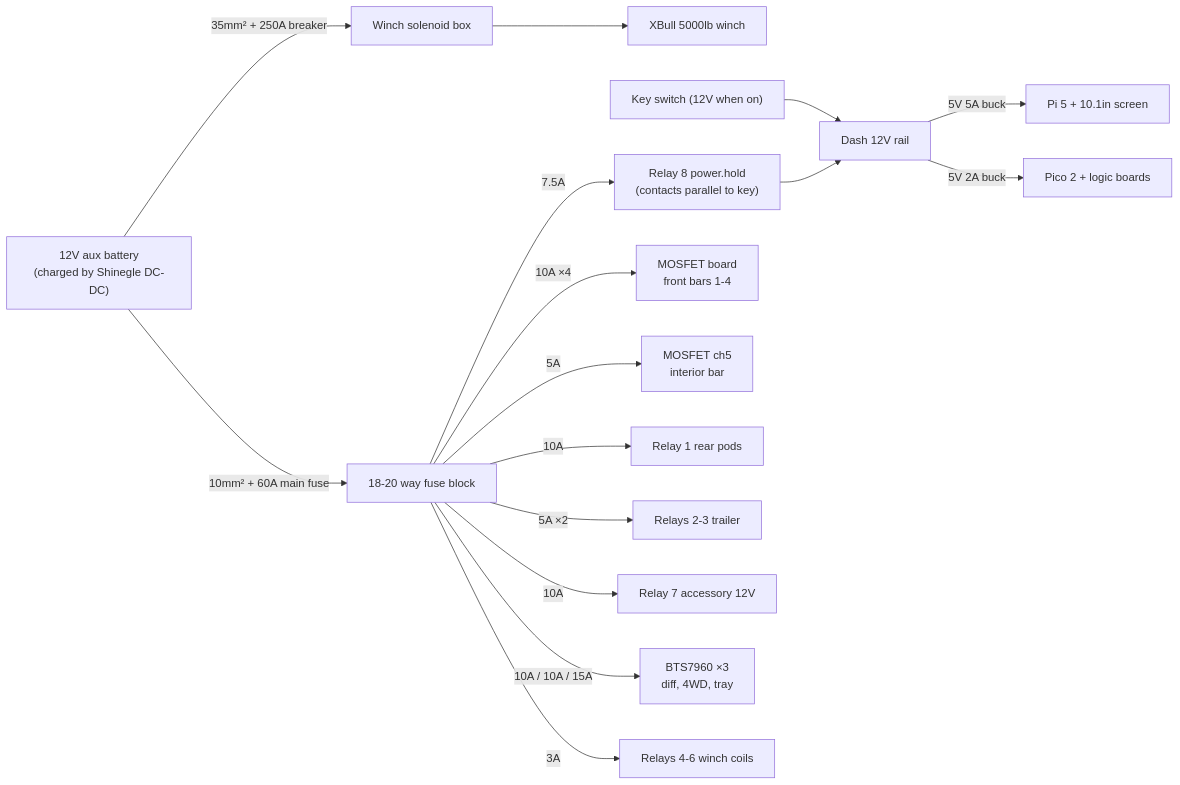
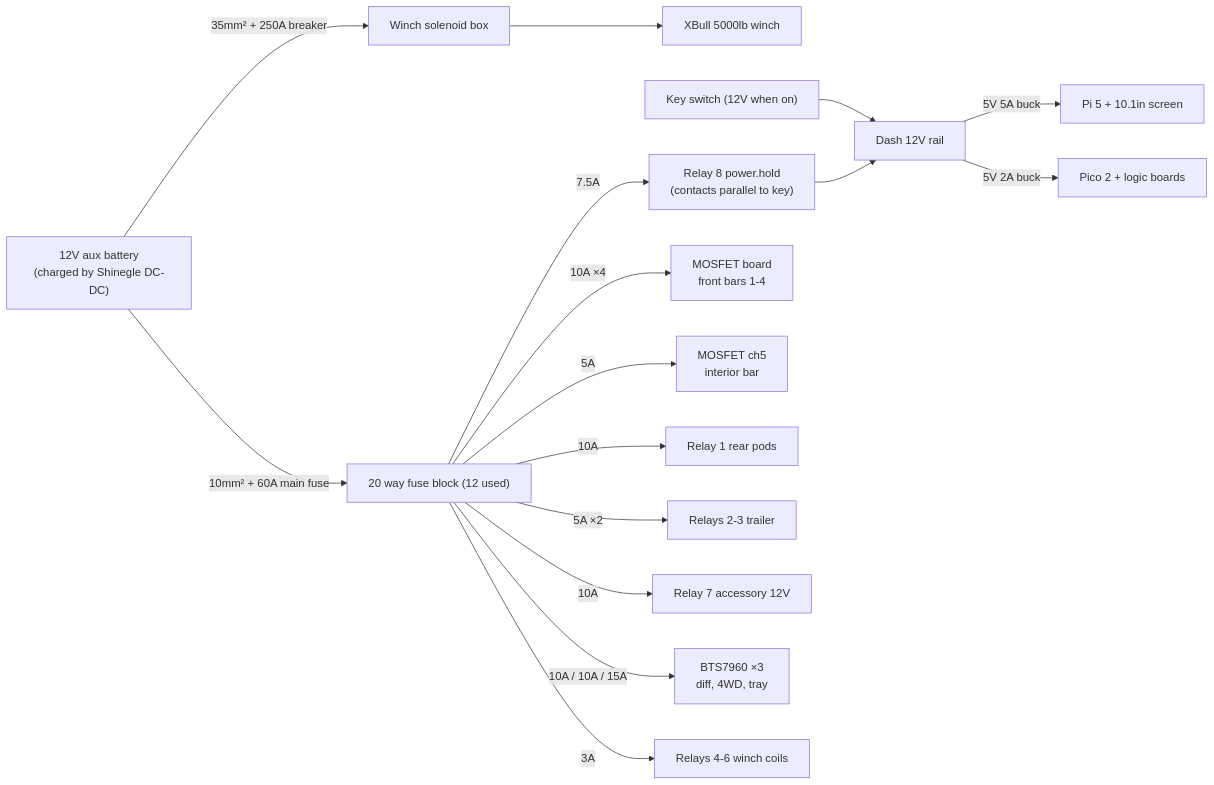
One commit to electrumnz/TERYXDACTL changed the first of 2 diagrams in docs/wiring.md. Above: the diagram before and after it, drawn with Mermaid. The commit also changed other lines of this file and 12 other files, not shown here.

````diff
--- a/docs/wiring.md
+++ b/docs/wiring.md
@@ -28,17 +36,17 @@
 ```mermaid
 flowchart LR
   BATT["12V aux battery<br/>(charged by Shinegle DC-DC)"]
   BATT -- "35mm² + 250A breaker" --> WSOL["Winch solenoid box"] --> WINCH["XBull 5000lb winch"]
-  BATT -- "10mm² + 60A main fuse" --> FB["18-20 way fuse block"]
+  BATT -- "10mm² + 60A main fuse" --> FB["20 way fuse block (12 used)"]
   KEY["Key switch (12V when on)"] --> RAIL
   FB -- "7.5A" --> HOLD["Relay 8 power.hold<br/>(contacts parallel to key)"] --> RAIL["Dash 12V rail"]
   RAIL -- "5V 5A buck" --> PI["Pi 5 + 10.1in screen"]
   RAIL -- "5V 2A buck" --> PICO["Pico 2 + logic boards"]
   FB -- "10A ×4" --> MOS["MOSFET board<br/>front bars 1-4"]
   FB -- "5A" --> MOSI["MOSFET ch5<br/>interior bar"]
   FB -- "10A" --> R1["Relay 1 rear pods"]
   FB -- "5A ×2" --> R23["Relays 2-3 trailer"]
   FB -- "10A" --> R7["Relay 7 accessory 12V"]
   FB -- "10A / 10A / 15A" --> BTS["BTS7960 ×3<br/>diff, 4WD, tray"]
   FB -- "3A" --> R456["Relays 4-6 winch coils"]
 ```
````
